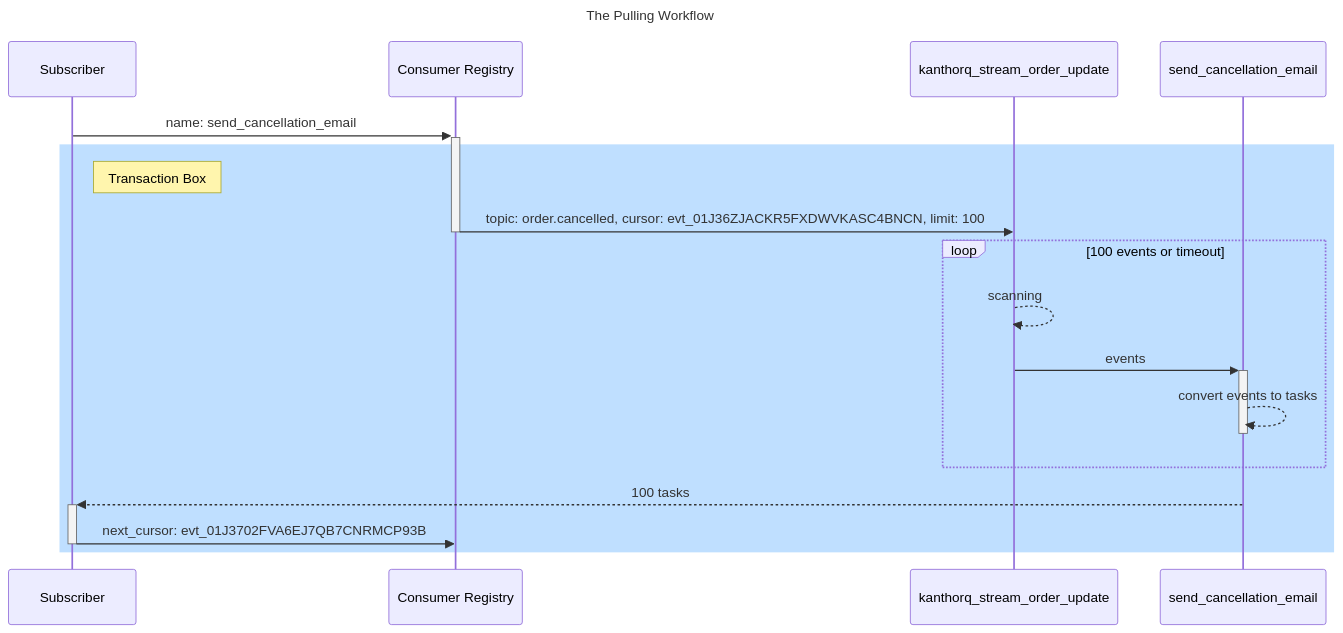
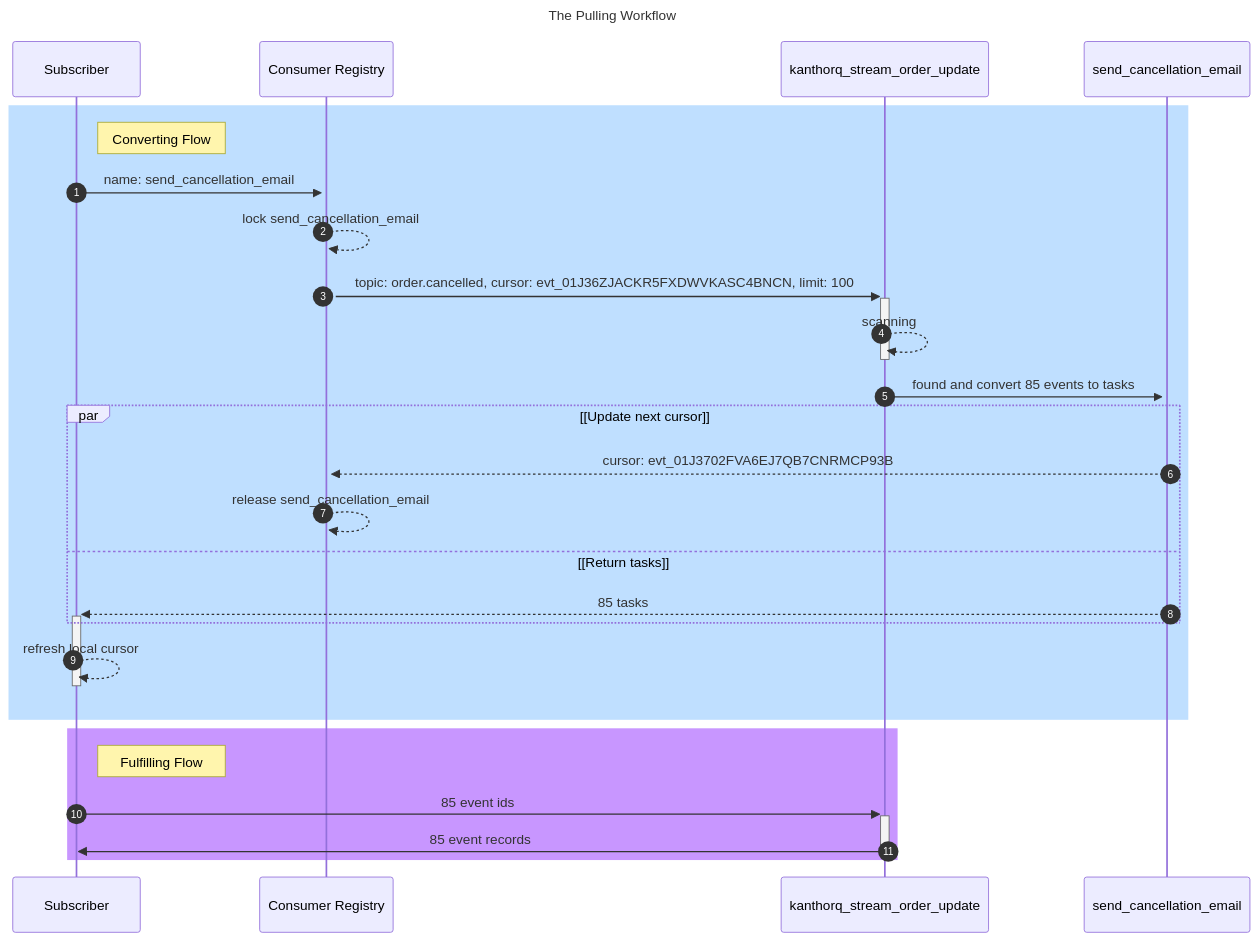
Before and after one commit to kanthorlabs/kanthorq: the first of 2 diagrams in website/docs/002-concepts/007-subscriber.md, drawn with Mermaid. The commit also changed other lines of this file and 19 other files, not shown here.

Commit message:
docs: update the subscriber pulling flow

````diff
--- a/website/docs/002-concepts/007-subscriber.md
+++ b/website/docs/002-concepts/007-subscriber.md
@@ -15,23 +15,37 @@
 ```mermaid
 ---
 title: The Pulling Workflow
 ---
 sequenceDiagram
-  Subscriber ->> +Consumer Registry: name: send_cancellation_email
+  autonumber
 
   rect rgb(191, 223, 255)
-  note right of Subscriber: Transaction Box
+  note right of Subscriber: Converting Flow
 
-  Consumer Registry ->> -kanthorq_stream_order_update: topic: order.cancelled, cursor: evt_01J36ZJACKR5FXDWVKASC4BNCN, limit: 100
+  Subscriber ->> +Consumer Registry: name: send_cancellation_email
+  Consumer Registry -->> Consumer Registry: lock send_cancellation_email
 
-  loop 100 events or timeout
-    kanthorq_stream_order_update -->> kanthorq_stream_order_update: scanning
-    kanthorq_stream_order_update ->> +send_cancellation_email: events
-    send_cancellation_email -->> -send_cancellation_email: convert events to tasks
+  Consumer Registry ->> +kanthorq_stream_order_update: topic: order.cancelled, cursor: evt_01J36ZJACKR5FXDWVKASC4BNCN, limit: 100
+  kanthorq_stream_order_update -->> -kanthorq_stream_order_update: scanning
+  kanthorq_stream_order_update ->> +send_cancellation_email: found and convert 85 events to tasks
+
+  par [Update next cursor]
+    send_cancellation_email -->> Consumer Registry: cursor: evt_01J3702FVA6EJ7QB7CNRMCP93B
+    Consumer Registry -->> Consumer Registry: release send_cancellation_email
+  and [Return tasks]
+    send_cancellation_email -->> +Subscriber: 85 tasks
   end
 
-  send_cancellation_email -->> +Subscriber: 100 tasks
-  Subscriber ->> -Consumer Registry: next_cursor: evt_01J3702FVA6EJ7QB7CNRMCP93B
+  Subscriber -->> -Subscriber: refresh local cursor
 
   end
+
+  rect rgb(200, 150, 255)
+  note right of Subscriber: Fulfilling Flow
+
+  Subscriber ->> +kanthorq_stream_order_update: 85 event ids
+  kanthorq_stream_order_update ->> -Subscriber: 85 event records
+  end
+
+
 ```
````
